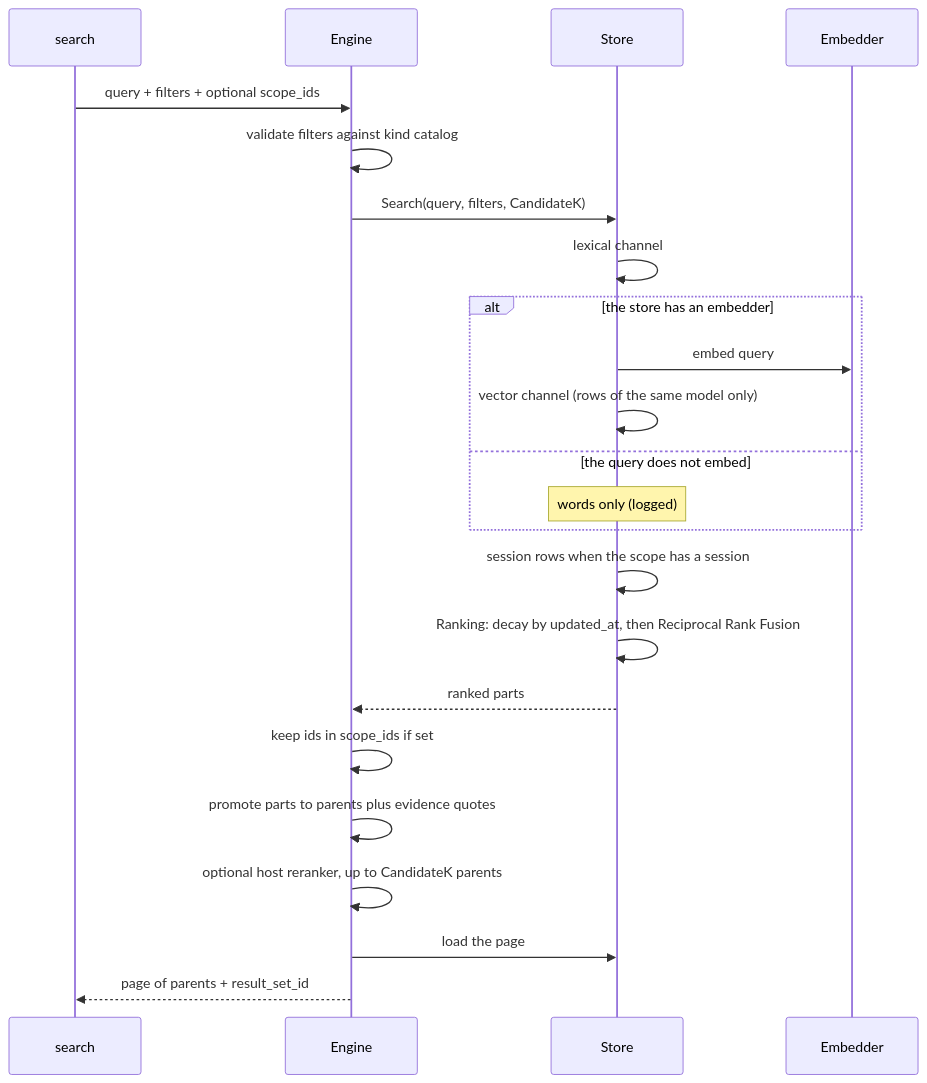
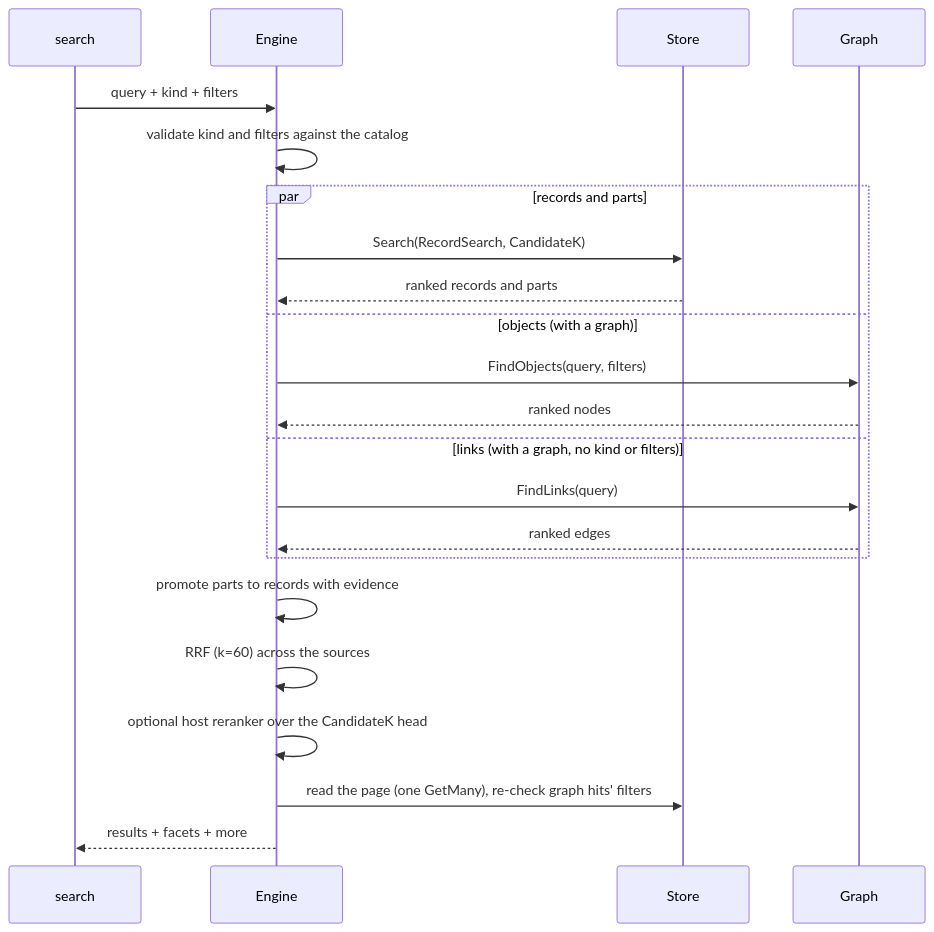
Before and after one commit to Ryanaldo34/tacklr: the sixth of 7 diagrams in docs/knowledge.md, drawn with Mermaid. The commit also changed other lines of this file and 83 other files, not shown here.

````diff
--- a/docs/knowledge.md
+++ b/docs/knowledge.md
@@ -549,26 +520,25 @@
 ```mermaid
 sequenceDiagram
     participant T as search
     participant E as Engine
     participant S as Store
-    participant Emb as Embedder
+    participant G as Graph
 
-    T->>E: query + filters + optional scope_ids
-    E->>E: validate filters against kind catalog
-    E->>S: Search(query, filters, CandidateK)
-    S->>S: lexical channel
-    alt the store has an embedder
-        S->>Emb: embed query
-        S->>S: vector channel (rows of the same model only)
-    else the query does not embed
-        Note over S: words only (logged)
+    T->>E: query + kind + filters
+    E->>E: validate kind and filters against the catalog
+    par records and parts
+        E->>S: Search(RecordSearch, CandidateK)
+        S-->>E: ranked records and parts
+    and objects (with a graph)
+        E->>G: FindObjects(query, filters)
+        G-->>E: ranked nodes
+    and links (with a graph, no kind or filters)
+        E->>G: FindLinks(query)
+        G-->>E: ranked edges
     end
-    S->>S: session rows when the scope has a session
-    S->>S: Ranking: decay by updated_at, then Reciprocal Rank Fusion
-    S-->>E: ranked parts
-    E->>E: keep ids in scope_ids if set
-    E->>E: promote parts to parents plus evidence quotes
-    E->>E: optional host reranker, up to CandidateK parents
-    E->>S: load the page
-    E-->>T: page of parents + result_set_id
+    E->>E: promote parts to records with evidence
+    E->>E: RRF (k=60) across the sources
+    E->>E: optional host reranker over the CandidateK head
+    E->>S: read the page (one GetMany), re-check graph hits' filters
+    E-->>T: results + facets + more
 ```
````
